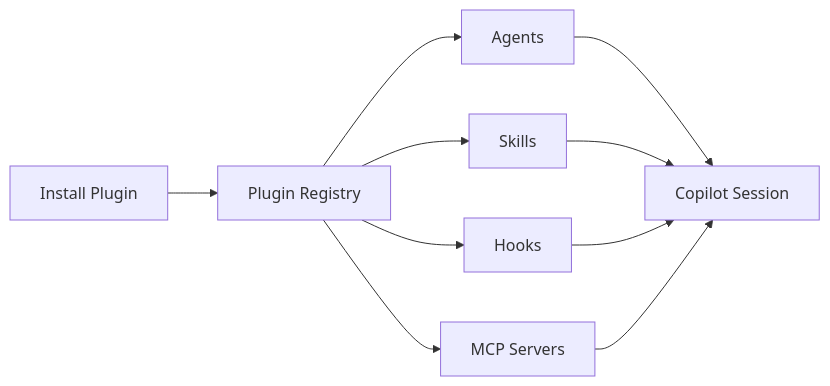
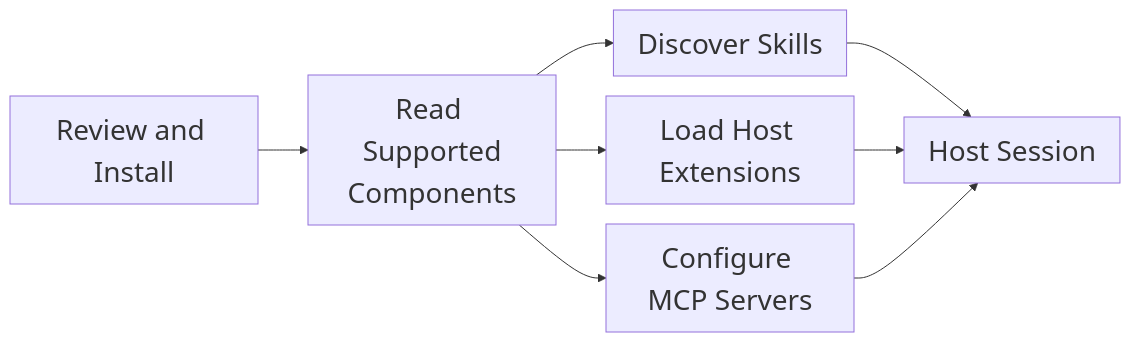
One commit to codebytes/agent-skills changed the diagram in slides/img/plugin-runtime.mmd. Above: the diagram before and after it, drawn with Mermaid. The commit also changed 27 other files, not shown here.

First line of the commit message:
Refine agent skills talk and cross-host demo (#8)

```diff
--- a/slides/img/plugin-runtime.mmd
+++ b/slides/img/plugin-runtime.mmd
@@ -1,10 +1,19 @@
+---
+config:
+  themeVariables:
+    fontSize: 28px
+  flowchart:
+    nodeSpacing: 20
+    padding: 12
+---
 flowchart LR
-    I[Install Plugin] --> R[Plugin Registry]
-    R --> AG[Agents]
-    R --> SK[Skills]
-    R --> HK[Hooks]
-    R --> MC[MCP Servers]
-    AG --> S[Copilot Session]
+    accTitle: A host loads the plugin components it supports
+    accDescr: After review and installation, the host discovers skills, configures MCP servers, and loads supported host extensions. Skill invocation and runtime permissions remain host-specific.
+    I[Review and Install] --> R[Read Supported<br/>Components]
+    R --> SK[Discover Skills]
+    R --> HK[Load Host Extensions]
+    R --> MC[Configure MCP Servers]
     SK --> S
     HK --> S
-    MC --> S
+    MC --> S[Host Session]
+    %% Source: https://agent-plugins.org/specification
```
